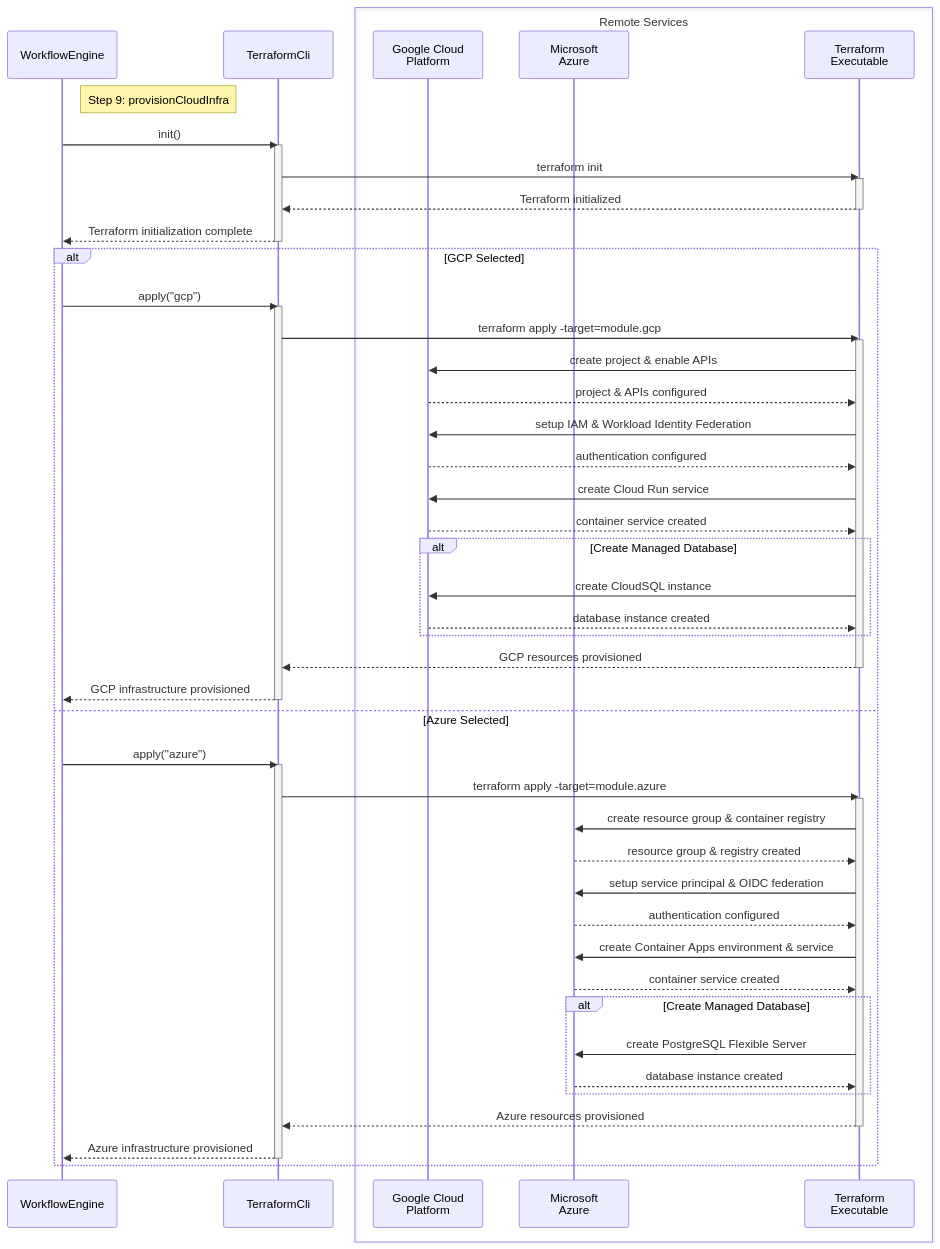
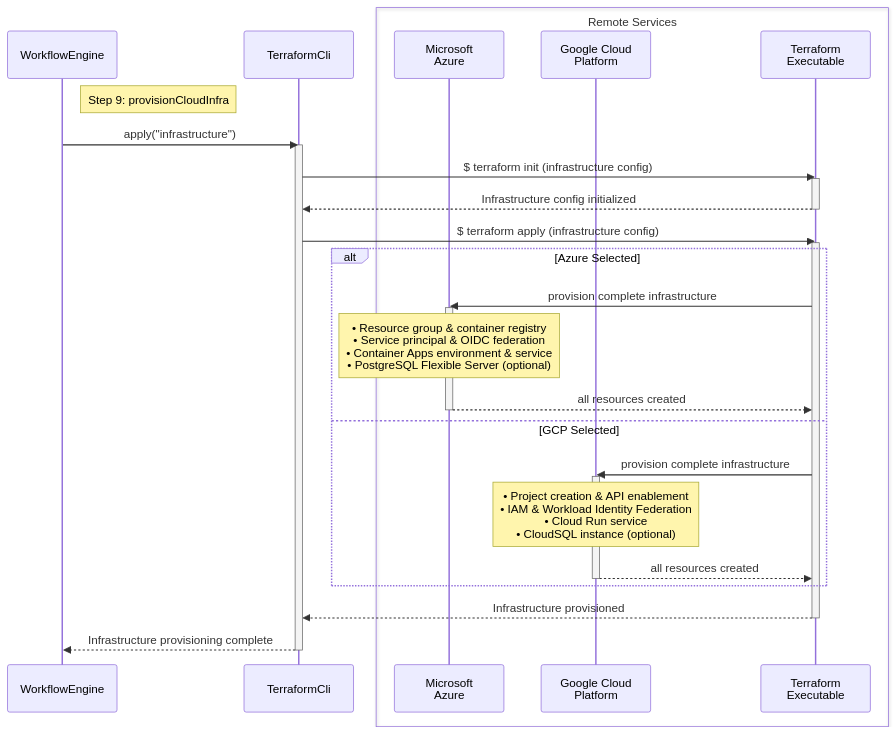
One commit to oscarmarcussen/master_diagram changed the diagram in sequence_diagrams/09_provisionCloudInfra.mmd. Above: the diagram before and after it, drawn with Mermaid. The commit also changed 4 other files, not shown here.

Commit message:
update diagrams

```diff
--- a/sequence_diagrams/09_provisionCloudInfra.mmd
+++ b/sequence_diagrams/09_provisionCloudInfra.mmd
@@ -1,76 +1,43 @@
 ---
 config:
   theme: default
   look: classic
 ---
 sequenceDiagram
     participant WE as WorkflowEngine
     participant TF as TerraformCli
     
     box Remote Services
+    participant AzureCloud as Microsoft<br>Azure
     participant GCPCloud as Google Cloud<br>Platform
-    participant AzureCloud as Microsoft<br>Azure
     participant TFExec as Terraform<br>Executable
     end
     
     note right of WE: Step 9: provisionCloudInfra
-    WE->>TF: init()
+    WE->>TF: apply("infrastructure")
     activate TF
-    TF->>TFExec: terraform init
+    TF->>TFExec: $ terraform init (infrastructure config)
     activate TFExec
-    TFExec-->>TF: Terraform initialized
+    TFExec-->>TF: Infrastructure config initialized
     deactivate TFExec
-    TF-->>WE: Terraform initialization complete
+    
+    TF->>TFExec: $ terraform apply (infrastructure config)
+    activate TFExec
+    
+    alt Azure Selected
+        TFExec->>AzureCloud: provision complete infrastructure
+        activate AzureCloud
+        note over AzureCloud: • Resource group & container registry<br>• Service principal & OIDC federation<br>• Container Apps environment & service<br>• PostgreSQL Flexible Server (optional)
+        AzureCloud-->>TFExec: all resources created
+        deactivate AzureCloud
+    else GCP Selected
+        TFExec->>GCPCloud: provision complete infrastructure
+        activate GCPCloud
+        note over GCPCloud: • Project creation & API enablement<br>• IAM & Workload Identity Federation<br>• Cloud Run service<br>• CloudSQL instance (optional)
+        GCPCloud-->>TFExec: all resources created
+        deactivate GCPCloud
+    end
+    TFExec-->>TF: Infrastructure provisioned
+    deactivate TFExec
+    TF-->>WE: Infrastructure provisioning complete
     deactivate TF
-    
-    alt GCP Selected
-        WE->>TF: apply("gcp")
-        activate TF
-        TF->>TFExec: terraform apply -target=module.gcp
-        activate TFExec
-        
-        TFExec->>GCPCloud: create project & enable APIs
-        GCPCloud-->>TFExec: project & APIs configured
-        
-        TFExec->>GCPCloud: setup IAM & Workload Identity Federation
-        GCPCloud-->>TFExec: authentication configured
-        
-        TFExec->>GCPCloud: create Cloud Run service
-        GCPCloud-->>TFExec: container service created
-        
-        alt Create Managed Database
-            TFExec->>GCPCloud: create CloudSQL instance
-            GCPCloud-->>TFExec: database instance created
-        end
-        
-        TFExec-->>TF: GCP resources provisioned
-        deactivate TFExec
-        TF-->>WE: GCP infrastructure provisioned
-        deactivate TF
-        
-    else Azure Selected
-        WE->>TF: apply("azure")
-        activate TF
-        TF->>TFExec: terraform apply -target=module.azure
-        activate TFExec
-        
-        TFExec->>AzureCloud: create resource group & container registry
-        AzureCloud-->>TFExec: resource group & registry created
-        
-        TFExec->>AzureCloud: setup service principal & OIDC federation
-        AzureCloud-->>TFExec: authentication configured
-        
-        TFExec->>AzureCloud: create Container Apps environment & service
-        AzureCloud-->>TFExec: container service created
-        
-        alt Create Managed Database
-            TFExec->>AzureCloud: create PostgreSQL Flexible Server
-            AzureCloud-->>TFExec: database instance created
-        end
-        
-        TFExec-->>TF: Azure resources provisioned
-        deactivate TFExec
-        TF-->>WE: Azure infrastructure provisioned
-        deactivate TF
-
-    end
```
